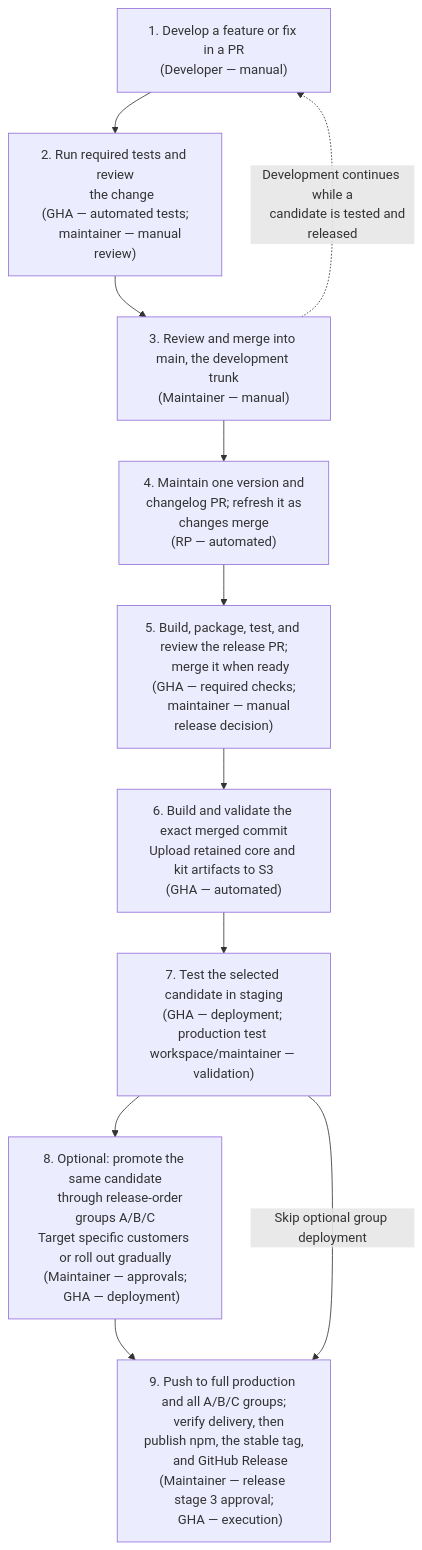
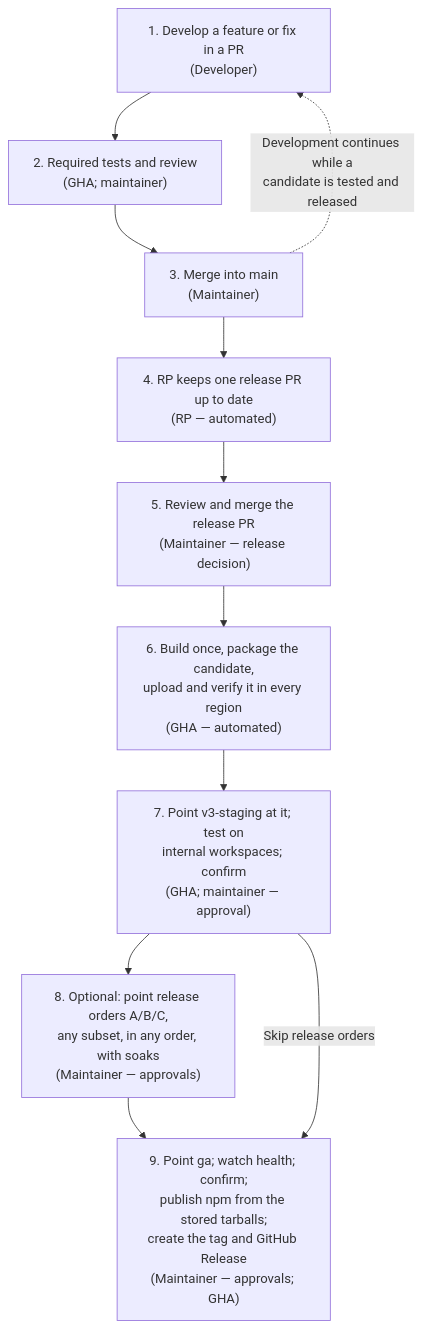
Before and after one commit to mParticle/mparticle-web-sdk: the first of 4 diagrams in v3-trunk-release-flow.md, drawn with Mermaid. The commit also changed other lines of this file, not shown here.

First line of the commit message:
docs(release): fold the addendum into the V3 trunk release design

````diff
--- a/v3-trunk-release-flow.md
+++ b/v3-trunk-release-flow.md
@@ -52,25 +61,13 @@
 ```mermaid
 flowchart TD
-    A["1. Develop a feature or fix in a PR<br/>(Developer — manual)"] --> B["2. Run required tests and review
-    the change<br/>(GHA — automated tests;
-    maintainer — manual review)"]
-    B --> C["3. Review and merge into main, the development trunk<br/>(Maintainer — manual)"]
-    C --> D["4. Maintain one version and
-    changelog PR; refresh it as
-    changes merge<br/>(RP — automated)"]
-    D --> E["5. Build, package, test, and review the release PR;
-    merge it when ready<br/>(GHA — required checks;
-    maintainer — manual release decision)"]
-    E --> F["6. Build and validate the exact merged commit<br/>Upload retained core and kit artifacts to S3<br/>(GHA — automated)"]
-    F --> G["7. Test the selected candidate in staging<br/>(GHA — deployment; production test workspace/maintainer — validation)"]
-    G --> H["8. Optional: promote the same candidate
-    through release-order groups A/B/C<br/>Target specific customers or roll out gradually<br/>(Maintainer — approvals;
-    GHA — deployment)"]
-    H --> I["9. Push to full production and all A/B/C groups;
-    verify delivery, then publish npm, the stable tag,
-    and GitHub Release<br/>(Maintainer — release stage 3 approval;
-    GHA — execution)"]
-    G -- "Skip optional group deployment" --> I
-    C -. "Development continues while a
-    candidate is tested and released" .-> A
+    A["1. Develop a feature or fix in a PR<br/>(Developer)"] --> B["2. Required tests and review<br/>(GHA; maintainer)"]
+    B --> C["3. Merge into main<br/>(Maintainer)"]
+    C --> D["4. RP keeps one release PR up to date<br/>(RP — automated)"]
+    D --> E["5. Review and merge the release PR<br/>(Maintainer — release decision)"]
+    E --> F["6. Build once, package the candidate,<br/>upload and verify it in every region<br/>(GHA — automated)"]
+    F --> G["7. Point v3-staging at it; test on<br/>internal workspaces; confirm<br/>(GHA; maintainer — approval)"]
+    G --> H["8. Optional: point release orders A/B/C,<br/>any subset, in any order, with soaks<br/>(Maintainer — approvals)"]
+    H --> I["9. Point ga; watch health; confirm;<br/>publish npm from the stored tarballs;<br/>create the tag and GitHub Release<br/>(Maintainer — approvals; GHA)"]
+    G -- "Skip release orders" --> I
+    C -. "Development continues while a<br/>candidate is tested and released" .-> A
 ```
````
